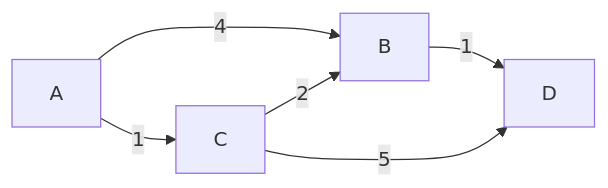
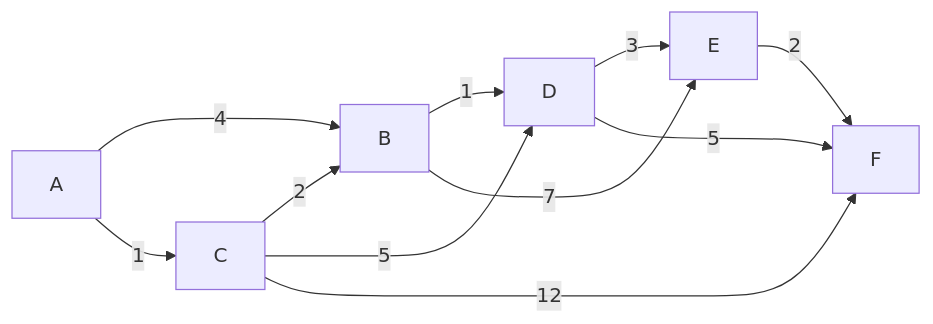
Before and after one commit to mj006648/netai-devsecops-runbook: the diagram in learning/algorithms/08-shortest-paths.md, drawn with Mermaid. The commit also changed other lines of this file and 62 other files, not shown here.

````diff
--- a/learning/algorithms/08-shortest-paths.md
+++ b/learning/algorithms/08-shortest-paths.md
@@ -9,8 +9,13 @@
-```mermaid
+~~~mermaid
 flowchart LR
     A -->|4| B
     A -->|1| C
     C -->|2| B
     B -->|1| D
     C -->|5| D
-```
+    B -->|7| E
+    D -->|3| E
+    C -->|12| F
+    D -->|5| F
+    E -->|2| F
+~~~
````
